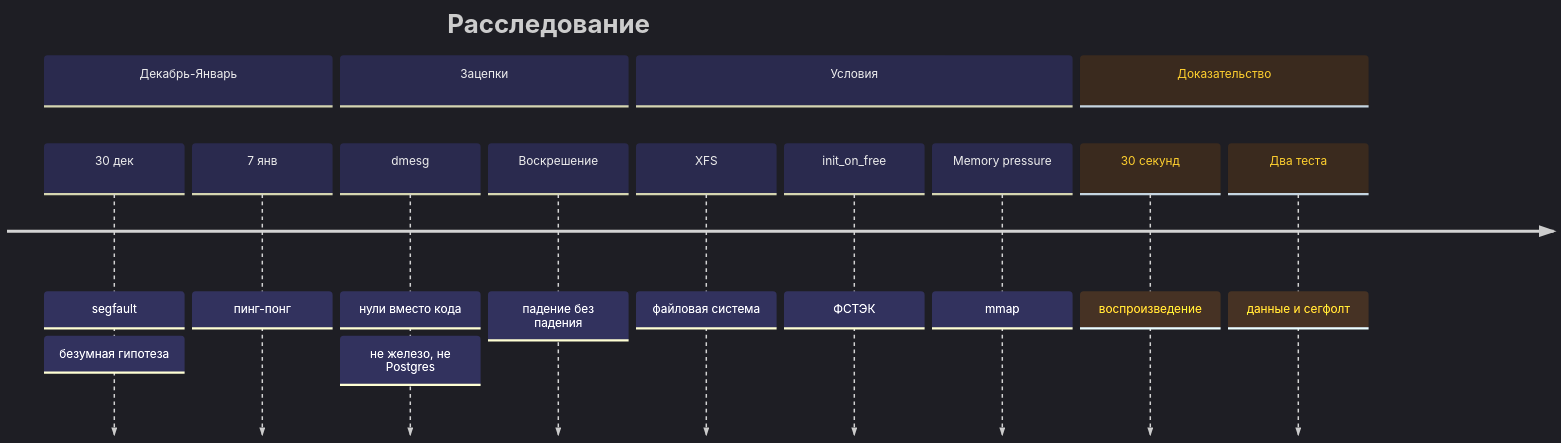
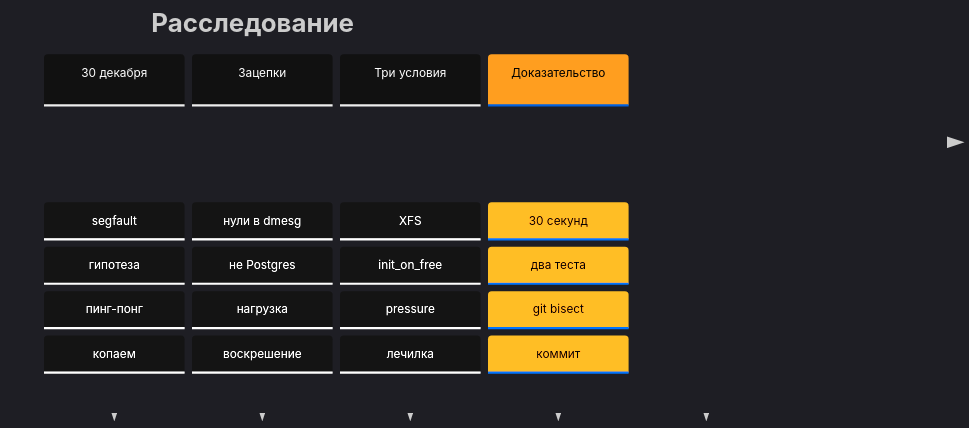
Before and after one commit to polarnik/postgresql-system-issue-story: the diagram in docs/diagrams/timeline-4.mmd, drawn with Mermaid. The commit also changed 39 other files, not shown here.

```diff
--- a/docs/diagrams/timeline-4.mmd
+++ b/docs/diagrams/timeline-4.mmd
@@ -1,37 +1,68 @@
 %%{init: { 'theme': 'dark', 'themeVariables': {
-    'cScale0': '#2a2a4e',
-    'cScale1': '#2a2a4e',
-    'cScale2': '#2a2a4e',
-    'cScale3': '#3a2a1e',
-    'cScaleLabel0': '#eee',
-    'cScaleLabel1': '#eee',
-    'cScaleLabel2': '#eee',
-    'cScaleLabel3': '#FFD02F'
+    'fontFamily': 'Roboto, sans-serif',
+    'lineColor': '#333',
+    'cScale0': '#111111',
+    'cScale1': '#111111',
+    'cScale2': '#111111',
+    'cScale3': '#ff9e1f',
+    'cScale4': 'transparent',
+    'cScale5': 'transparent',
+    'cScale6': 'transparent',
+    'cScale7': 'transparent',
+    'cScale8': 'transparent',
+    'cScale9': 'transparent',
+    'cScale10': 'transparent',
+    'cScale11': 'transparent',
+    'cScaleLabel0': '#fff',
+    'cScaleLabel1': '#fff',
+    'cScaleLabel2': '#fff',
+    'cScaleLabel3': '#000',
+    'cScaleLabel4': 'transparent',
+    'cScaleLabel5': 'transparent',
+    'cScaleLabel6': 'transparent',
+    'cScaleLabel7': 'transparent',
+    'cScaleLabel8': 'transparent',
+    'cScaleLabel9': 'transparent',
+    'cScaleLabel10': 'transparent',
+    'cScaleLabel11': 'transparent',
+    'cScalePeer1': '#333',
+    'cScalePeer2': '#333',
+    'cScalePeer3': '#333',
+    'cScalePeer4': '#cc7e19',
+    'cScalePeer5': 'transparent',
+    'cScalePeer6': 'transparent',
+    'cScalePeer7': 'transparent',
+    'cScalePeer8': 'transparent',
+    'cScalePeer9': 'transparent',
+    'cScalePeer10': 'transparent',
+    'cScalePeer11': 'transparent',
+    'cScalePeer12': 'transparent'
 }}}%%
 
 timeline
     title Расследование
-    section Декабрь-Январь
-        30 дек
-            : segfault
-            : безумная гипотеза
-        7 янв
-            : пинг-понг
-    section Зацепки
-        dmesg
-            : нули вместо кода
-            : не железо, не Postgres
-        Воскрешение
-            : падение без падения
-    section Условия
-        XFS
-            : файловая система
-        init_on_free
-            : ФСТЭК
-        Memory pressure
-            : mmap
-    section Доказательство
-        30 секунд
-            : воспроизведение
-        Два теста
-            : данные и сегфолт
+    30 декабря
+        : segfault
+        : гипотеза
+        : пинг-понг
+        : копаем
+    Зацепки
+        : нули в dmesg
+        : не Postgres
+        : нагрузка
+        : воскрешение
+    Три условия
+        : XFS
+        : init_on_free
+        : pressure
+        : лечилка
+    Доказательство
+        : 30 секунд
+        : два теста
+        : git bisect
+        : коммит
+    Root cause
+        : race condition
+        : фикс 6.9
+        : XZ Utils
+        : бэкпорта нет
```
